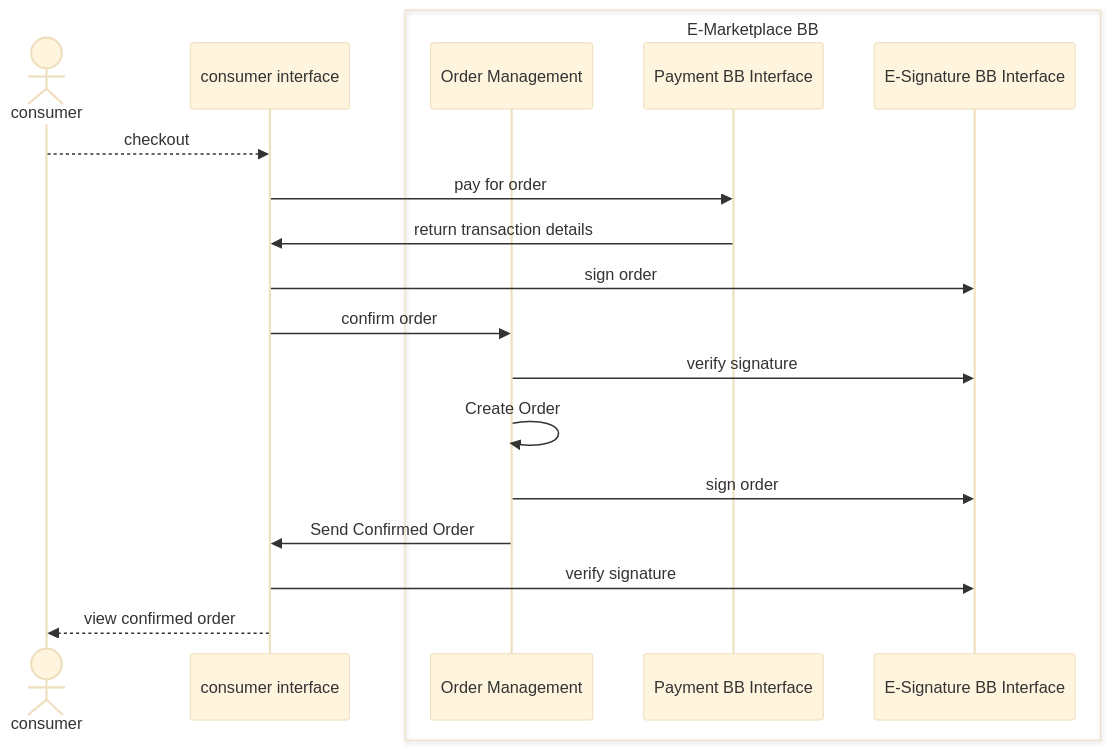
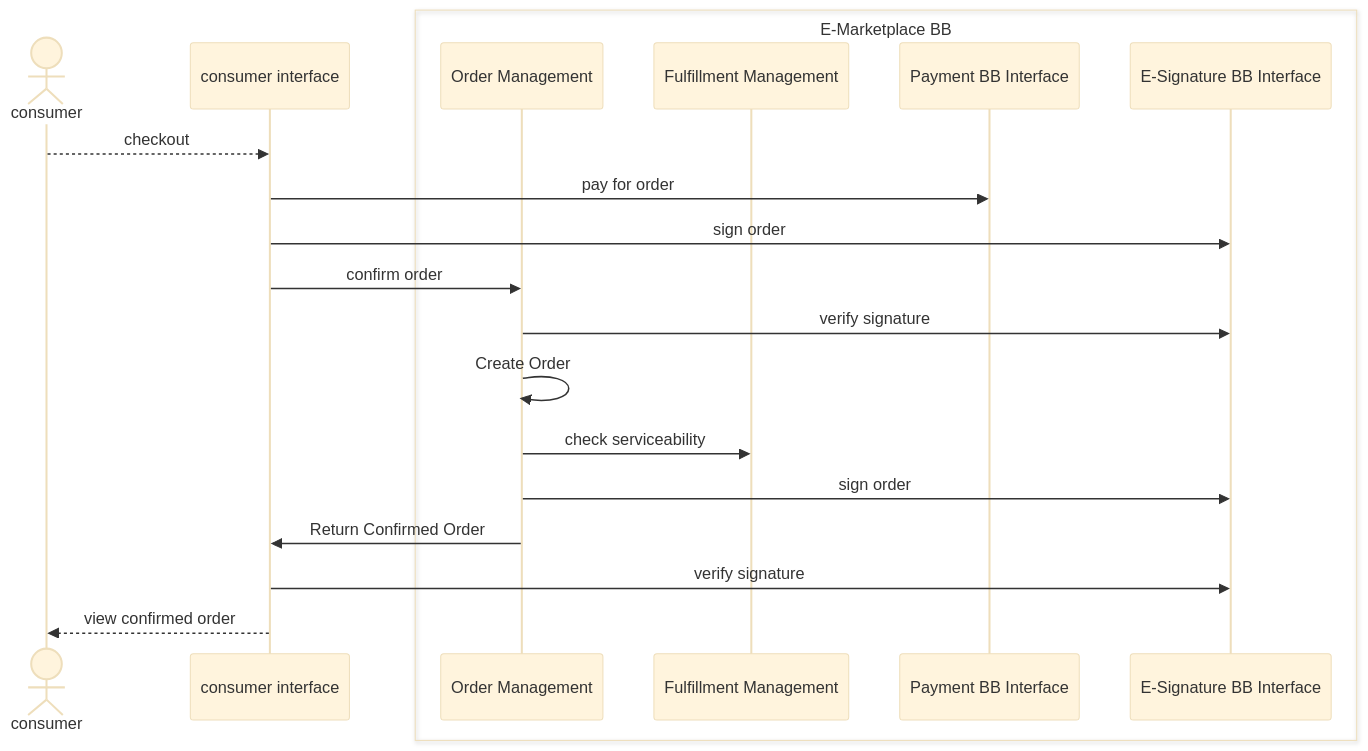
The fourth of 15 diagrams in spec/9-workflows.md (GovStackWorkingGroup/bb-emarketplace), drawn with Mermaid (base theme) before and after one commit.

Commit message:
GITBOOK-51: change request with no subject merged in GitBook

````diff
--- a/spec/9-workflows.md
+++ b/spec/9-workflows.md
@@ -129,25 +129,26 @@
 ```mermaid
 sequenceDiagram
     Actor consumer
     participant consumer interface
     box E-Marketplace BB
     participant Order Management
+    participant Fulfillment Management
     participant Payment BB Interface
     participant E-Signature BB Interface
     end
     consumer-->>consumer interface: checkout
     consumer interface->>Payment BB Interface: pay for order
-    Payment BB Interface->>consumer interface: return transaction details
     consumer interface->>E-Signature BB Interface:sign order
     consumer interface->>Order Management:confirm order
     Order Management->>E-Signature BB Interface:verify signature
     Order Management->>Order Management: Create Order
+    Order Management->>Fulfillment Management: check serviceability
     Order Management->>E-Signature BB Interface:sign order
-    Order Management->>consumer interface: Send Confirmed Order
+    Order Management->>consumer interface: Return Confirmed Order
     consumer interface->>E-Signature BB Interface:verify signature
     consumer interface-->>consumer:view confirmed order
 
 
      
 
 ```
````
